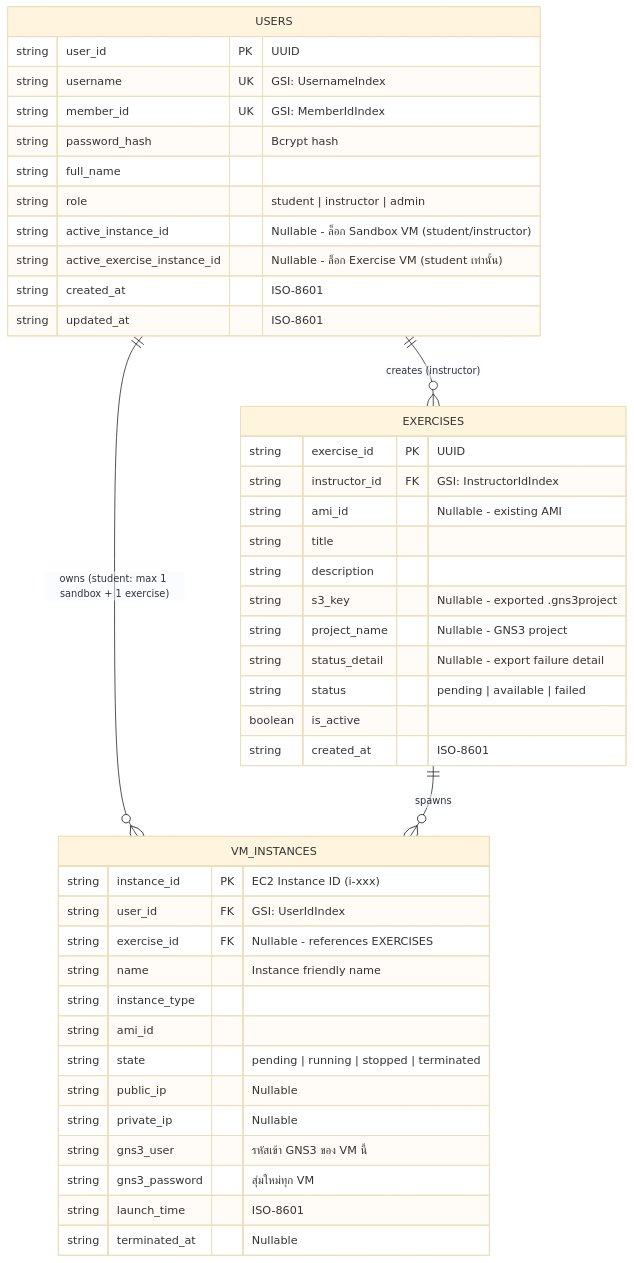
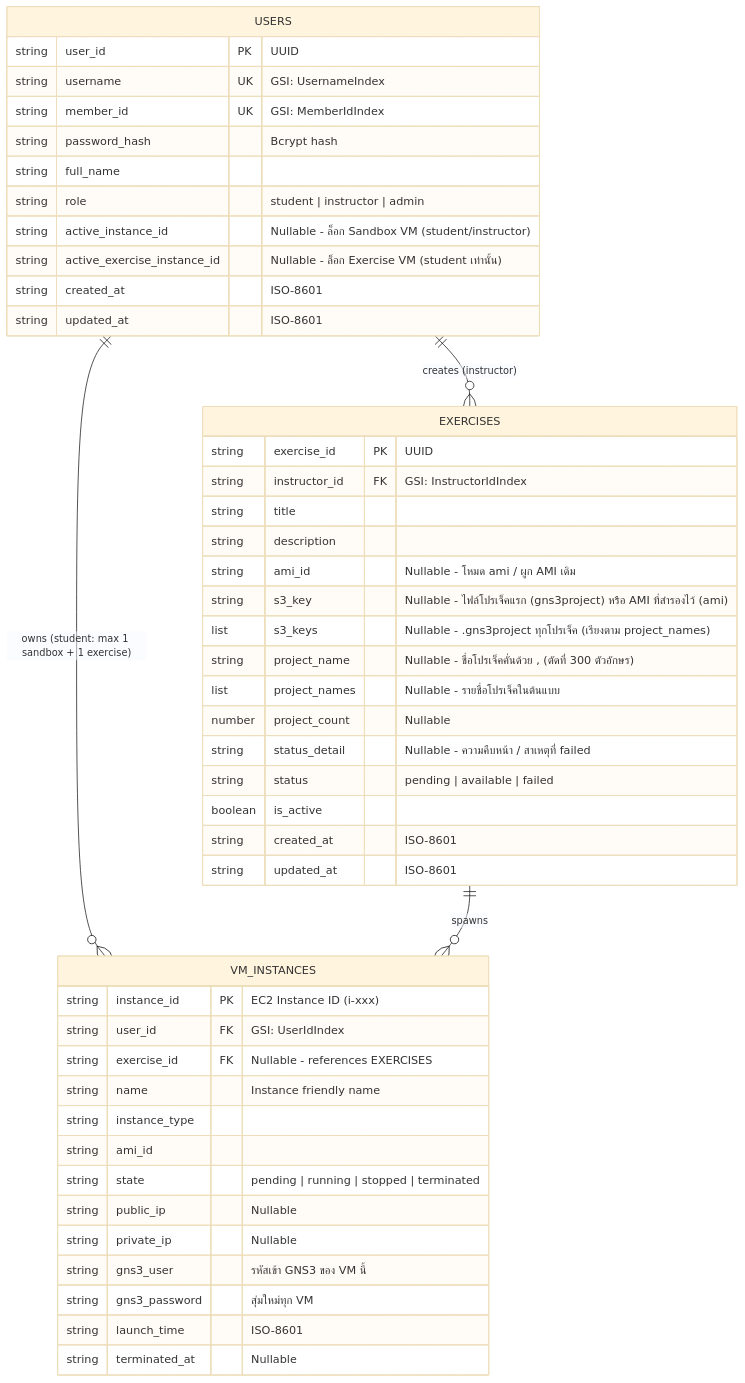
The first of 2 diagrams in backend/README.md (Kawaiiow/GNS3VM_Spawner), drawn with Mermaid (base theme) before and after one commit. The commit also changed other lines of this file, not shown here.

````diff
--- a/backend/README.md
+++ b/backend/README.md
@@ -61,49 +66,53 @@
 ```mermaid
 erDiagram
     USERS {
         string user_id PK "UUID"
         string username UK "GSI: UsernameIndex"
         string member_id UK "GSI: MemberIdIndex"
         string password_hash "Bcrypt hash"
         string full_name
         string role "student | instructor | admin"
         string active_instance_id "Nullable - ล็อก Sandbox VM (student/instructor)"
         string active_exercise_instance_id "Nullable - ล็อก Exercise VM (student เท่านั้น)"
         string created_at "ISO-8601"
         string updated_at "ISO-8601"
     }
 
     VM_INSTANCES {
         string instance_id PK "EC2 Instance ID (i-xxx)"
         string user_id FK "GSI: UserIdIndex"
         string exercise_id FK "Nullable - references EXERCISES"
         string name "Instance friendly name"
         string instance_type
         string ami_id
         string state "pending | running | stopped | terminated"
         string public_ip "Nullable"
         string private_ip "Nullable"
         string gns3_user "รหัสเข้า GNS3 ของ VM นี้"
         string gns3_password "สุ่มใหม่ทุก VM"
         string launch_time "ISO-8601"
         string terminated_at "Nullable"
     }
 
     EXERCISES {
         string exercise_id PK "UUID"
         string instructor_id FK "GSI: InstructorIdIndex"
-        string ami_id "Nullable - existing AMI"
         string title
         string description
-        string s3_key "Nullable - exported .gns3project"
-        string project_name "Nullable - GNS3 project"
-        string status_detail "Nullable - export failure detail"
+        string ami_id "Nullable - โหมด ami / ผูก AMI เดิม"
+        string s3_key "Nullable - ไฟล์โปรเจ็คแรก (gns3project) หรือ AMI ที่สำรองไว้ (ami)"
+        list s3_keys "Nullable - .gns3project ทุกโปรเจ็ค (เรียงตาม project_names)"
+        string project_name "Nullable - ชื่อโปรเจ็คคั่นด้วย , (ตัดที่ 300 ตัวอักษร)"
+        list project_names "Nullable - รายชื่อโปรเจ็คในต้นแบบ"
+        number project_count "Nullable"
+        string status_detail "Nullable - ความคืบหน้า / สาเหตุที่ failed"
         string status "pending | available | failed"
         boolean is_active
         string created_at "ISO-8601"
+        string updated_at "ISO-8601"
     }
 
     USERS ||--o{ VM_INSTANCES : "owns (student: max 1 sandbox + 1 exercise)"
     USERS ||--o{ EXERCISES : "creates (instructor)"
     EXERCISES ||--o{ VM_INSTANCES : "spawns"
 ```
````
